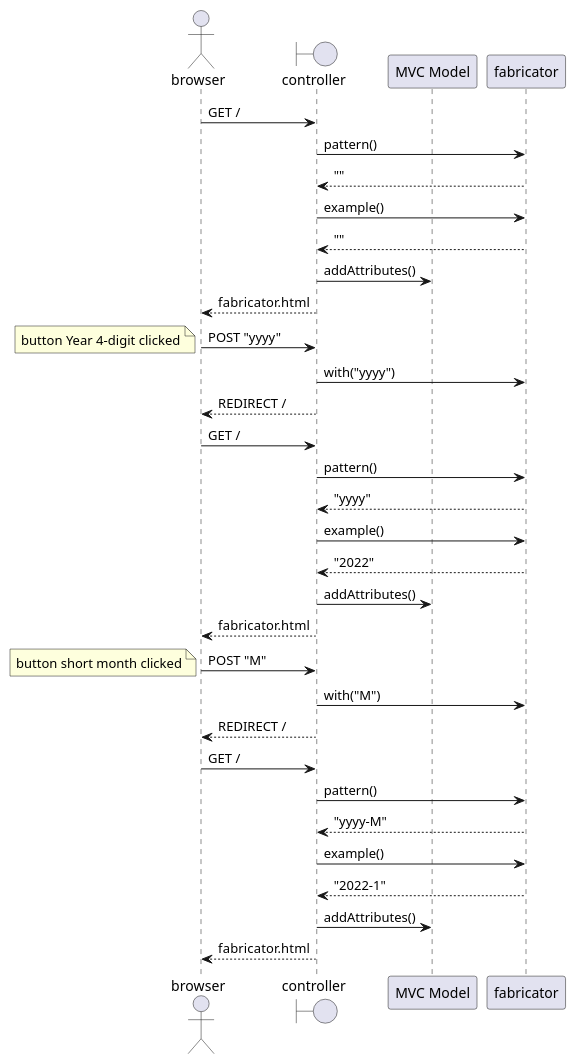
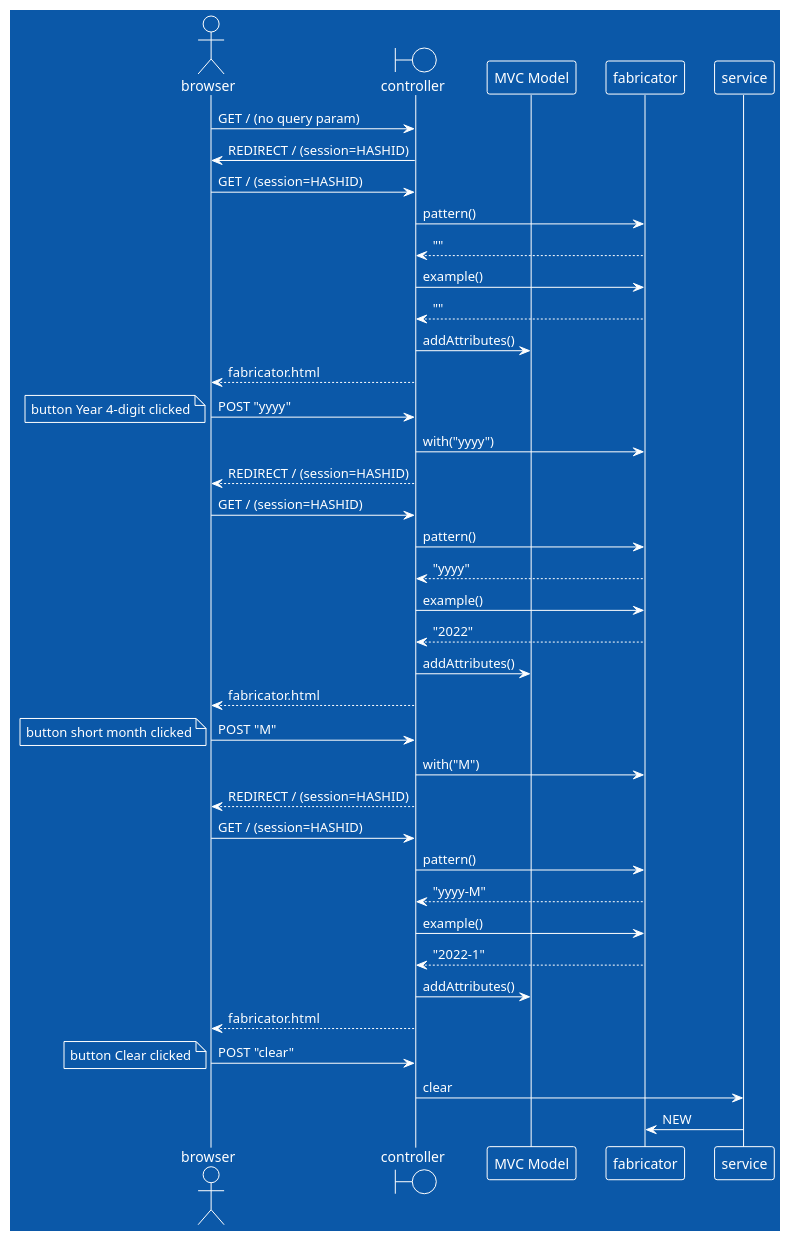
Before and after one commit to jitterted/format-hero: the diagram in web-ui.puml, drawn with PlantUML. The commit also changed 6 other files, not shown here.

```diff
--- a/web-ui.puml
+++ b/web-ui.puml
@@ -1,43 +1,54 @@
 @startuml
 'https://plantuml.com/sequence-diagram
 
 'autonumber
+
+!theme amiga
 
 actor browser
 boundary controller
 participant "MVC Model" as model
 participant fabricator
 
-browser -> controller: GET /
+browser -> controller: GET / (no query param)
+controller -> browser: REDIRECT / (session=HASHID)
+
+browser -> controller: GET / (session=HASHID)
+
 controller -> fabricator: pattern()
 fabricator --> controller: ""
 controller -> fabricator: example()
 fabricator --> controller: ""
 controller -> model: addAttributes()
 controller --> browser: fabricator.html
 
 browser -> controller: POST "yyyy"
 note left: button Year 4-digit clicked
 controller -> fabricator: with("yyyy")
-controller --> browser: REDIRECT /
-browser -> controller: GET /
+controller --> browser: REDIRECT / (session=HASHID)
+browser -> controller: GET / (session=HASHID)
 controller -> fabricator: pattern()
 fabricator --> controller: "yyyy"
 controller -> fabricator: example()
 fabricator --> controller: "2022"
 controller -> model: addAttributes()
 controller --> browser: fabricator.html
 
 browser -> controller: POST "M"
 note left: button short month clicked
 controller -> fabricator: with("M")
-controller --> browser: REDIRECT /
-browser -> controller: GET /
+controller --> browser: REDIRECT / (session=HASHID)
+browser -> controller: GET / (session=HASHID)
 controller -> fabricator: pattern()
 fabricator --> controller: "yyyy-M"
 controller -> fabricator: example()
 fabricator --> controller: "2022-1"
 controller -> model: addAttributes()
 controller --> browser: fabricator.html
 
+browser -> controller: POST "clear"
+note left: button Clear clicked
+controller -> service: clear
+service -> fabricator: NEW
+
 @enduml
```
